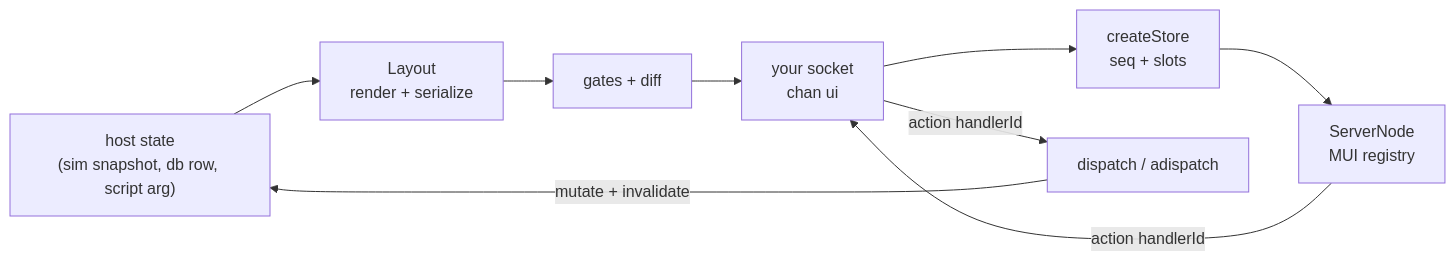
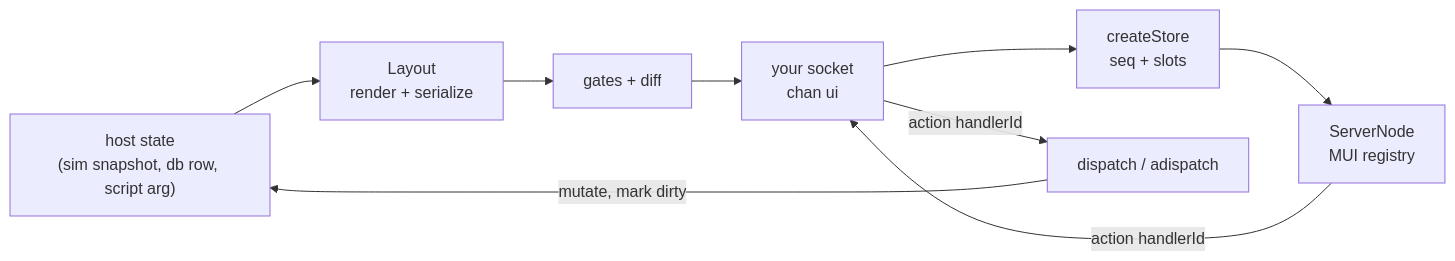
One commit to aaron-riact/flyrail changed the first of 8 diagrams in docs/how-it-works.md. Above: the diagram before and after it, drawn with Mermaid. The commit also changed other lines of this file and 1 other file, not shown here.

````diff
--- a/docs/how-it-works.md
+++ b/docs/how-it-works.md
@@ -10,15 +10,15 @@
 ```mermaid
 flowchart LR
     SIM["host state<br/>(sim snapshot, db row, script arg)"]
     LAY["Layout<br/>render + serialize"]
     DIFF["gates + diff"]
     SOCK["your socket<br/>chan ui"]
     STORE["createStore<br/>seq + slots"]
     MUI["ServerNode<br/>MUI registry"]
     ACT["dispatch / adispatch"]
 
     SIM --> LAY --> DIFF --> SOCK --> STORE --> MUI
     MUI -- "action handlerId" --> SOCK
     SOCK -- "action handlerId" --> ACT
-    ACT -- "mutate + invalidate" --> SIM
+    ACT -- "mutate, mark dirty" --> SIM
 ```
````
